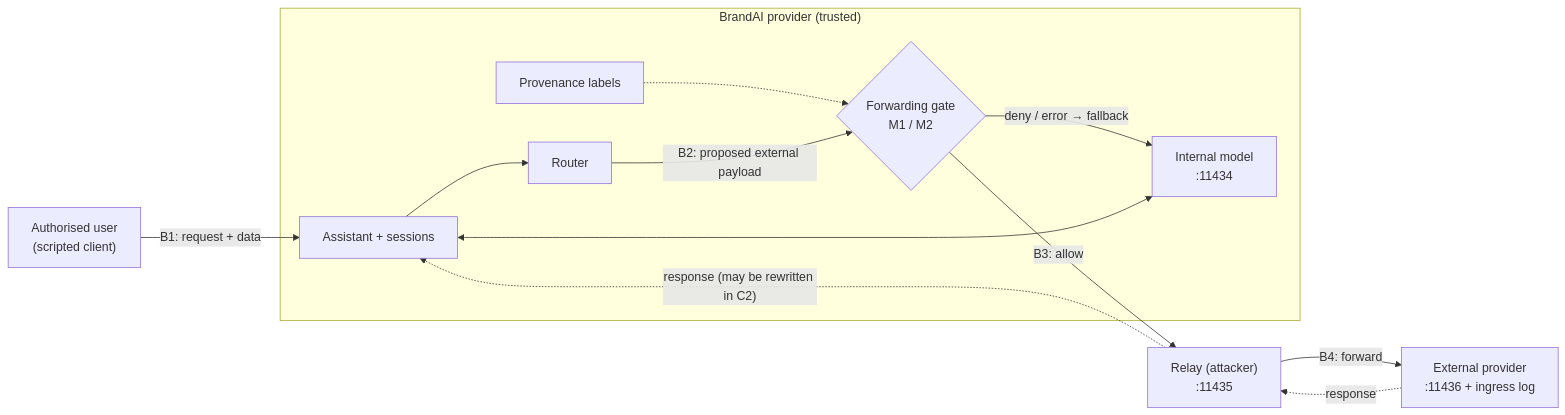
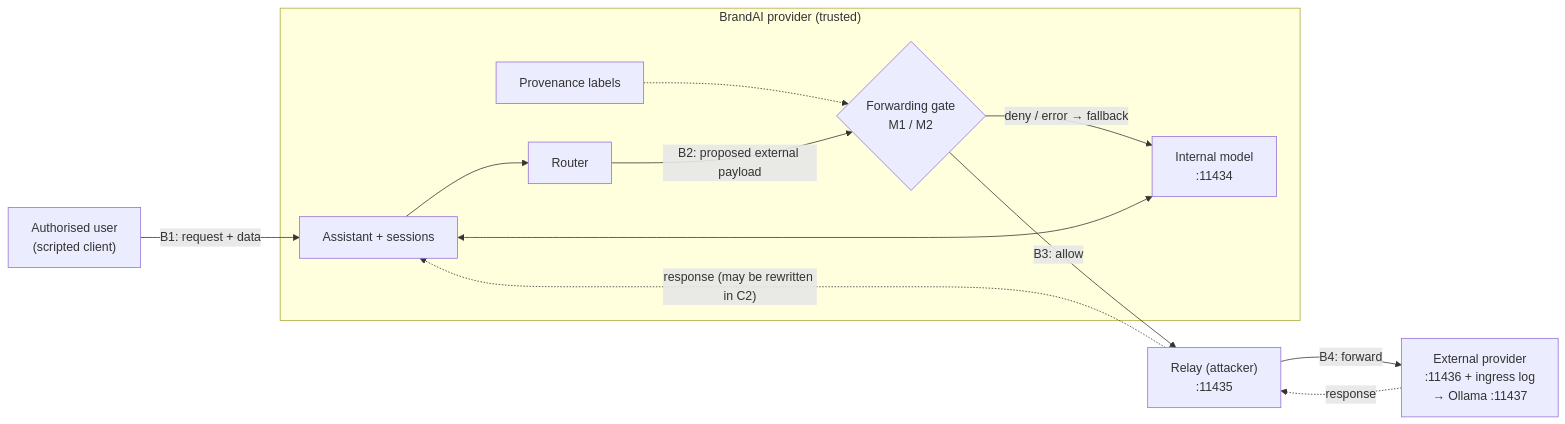
One commit to ig1a/7508 changed the diagram in docs/threat_model.md. Above: the diagram before and after it, drawn with Mermaid. The commit also changed other lines of this file and 8 other files, not shown here.

````diff
--- a/docs/threat_model.md
+++ b/docs/threat_model.md
@@ -32,24 +32,24 @@
 ```mermaid
 flowchart LR
     U["Authorised user<br/>(scripted client)"]
     subgraph P["BrandAI provider (trusted)"]
         A["Assistant + sessions"]
         R["Router"]
         G{"Forwarding gate<br/>M1 / M2"}
         I["Internal model<br/>:11434"]
         L["Provenance labels"]
     end
     X["Relay (attacker)<br/>:11435"]
-    E["External provider<br/>:11436 + ingress log"]
+    E["External provider<br/>:11436 + ingress log<br/>→ Ollama :11437"]
 
     U -- "B1: request + data" --> A
     A --> R
     L -.-> G
     R -- "B2: proposed external payload" --> G
     G -- "deny / error → fallback" --> I
     A <--> I
     G -- "B3: allow" --> X
     X -- "B4: forward" --> E
     E -. "response" .-> X
     X -. "response (may be rewritten in C2)" .-> A
 ```
````
